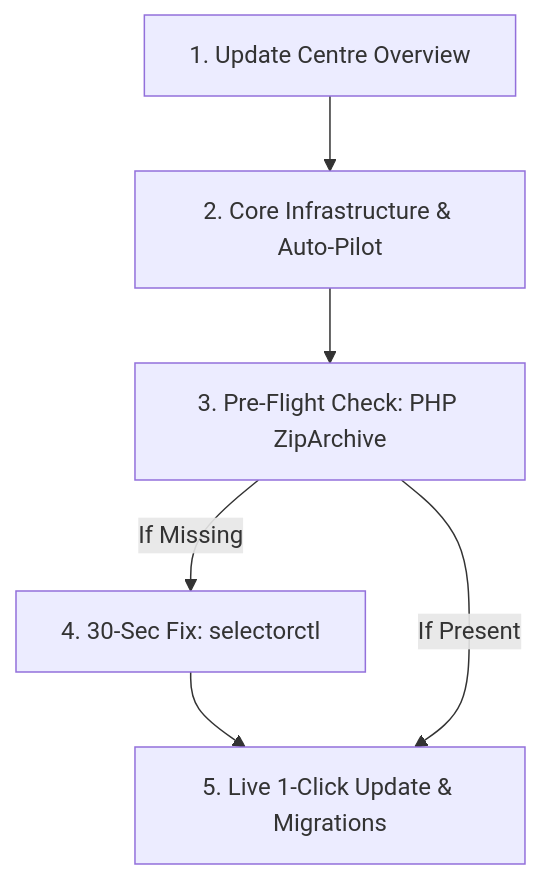
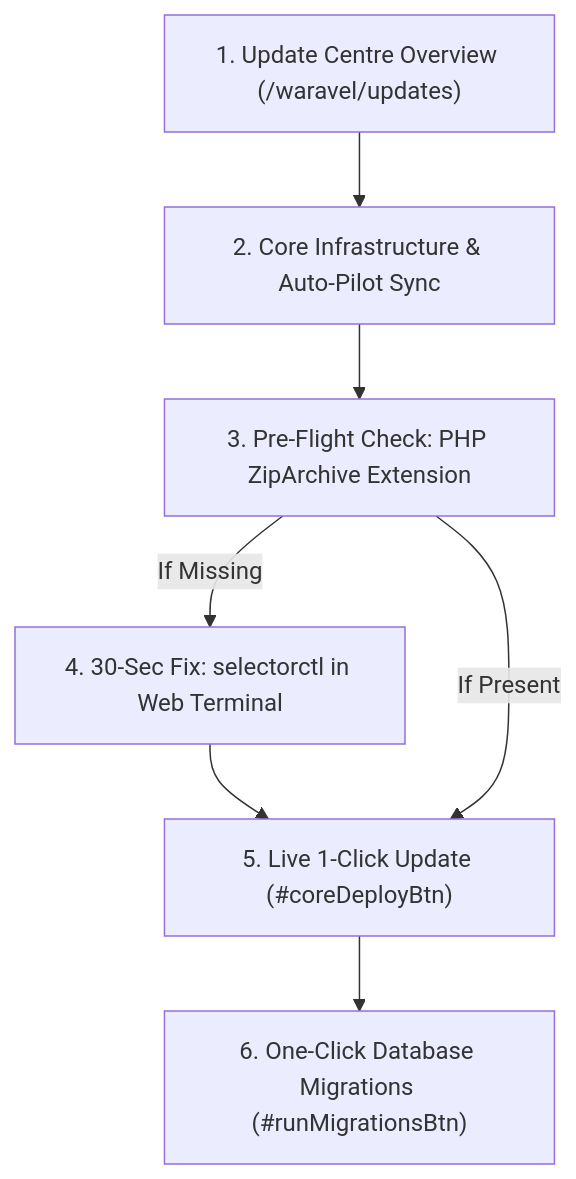
One commit to Sobberrc/waravel-docs changed the diagram in user-guide/topbar-updates.md. Above: the diagram before and after it, drawn with Mermaid. The commit also changed other lines of this file and 6 other files, not shown here.

````diff
--- a/user-guide/topbar-updates.md
+++ b/user-guide/topbar-updates.md
@@ -14,8 +14,9 @@
 ```mermaid
 flowchart TD
-    A["1. Update Centre Overview"] --> B["2. Core Infrastructure & Auto-Pilot"]
-    B --> C["3. Pre-Flight Check: PHP ZipArchive"]
-    C -->|If Missing| D["4. 30-Sec Fix: selectorctl"]
-    D --> E["5. Live 1-Click Update & Migrations"]
+    A["1. Update Centre Overview (/waravel/updates)"] --> B["2. Core Infrastructure & Auto-Pilot Sync"]
+    B --> C["3. Pre-Flight Check: PHP ZipArchive Extension"]
+    C -->|If Missing| D["4. 30-Sec Fix: selectorctl in Web Terminal"]
+    D --> E["5. Live 1-Click Update (#coreDeployBtn)"]
     C -->|If Present| E
+    E --> F["6. One-Click Database Migrations (#runMigrationsBtn)"]
 ```
````
